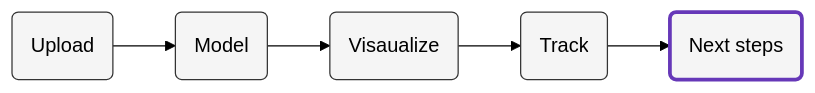
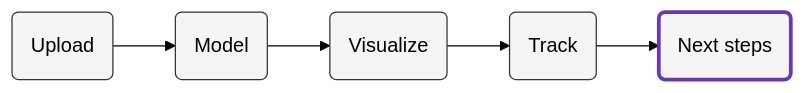
The diagram in content/next_steps/_index.md (snowplow/mobile-hybrid-apps-accelerator), drawn with Mermaid (forest theme) before and after one commit. The commit also changed 9 other files, not shown here.

```diff
--- a/content/next_steps/_index.md
+++ b/content/next_steps/_index.md
@@ -12,9 +12,9 @@
 {{<mermaid>}}
 flowchart LR
-    id1(Upload)-->id2(Model)-->id3(Visaualize)-->id4(Track)-->id5(Next steps)
+    id1(Upload)-->id2(Model)-->id3(Visualize)-->id4(Track)-->id5(Next steps)
     style id5 fill:#f5f5f5,stroke:#6638B8,stroke-width:3px
     style id1 fill:#f5f5f5,stroke:#333,stroke-width:1px
     style id3 fill:#f5f5f5,stroke:#333,stroke-width:1px
     style id4 fill:#f5f5f5,stroke:#333,stroke-width:1px
     style id2 fill:#f5f5f5,stroke:#333,stroke-width:1px
 {{</mermaid >}}
```
